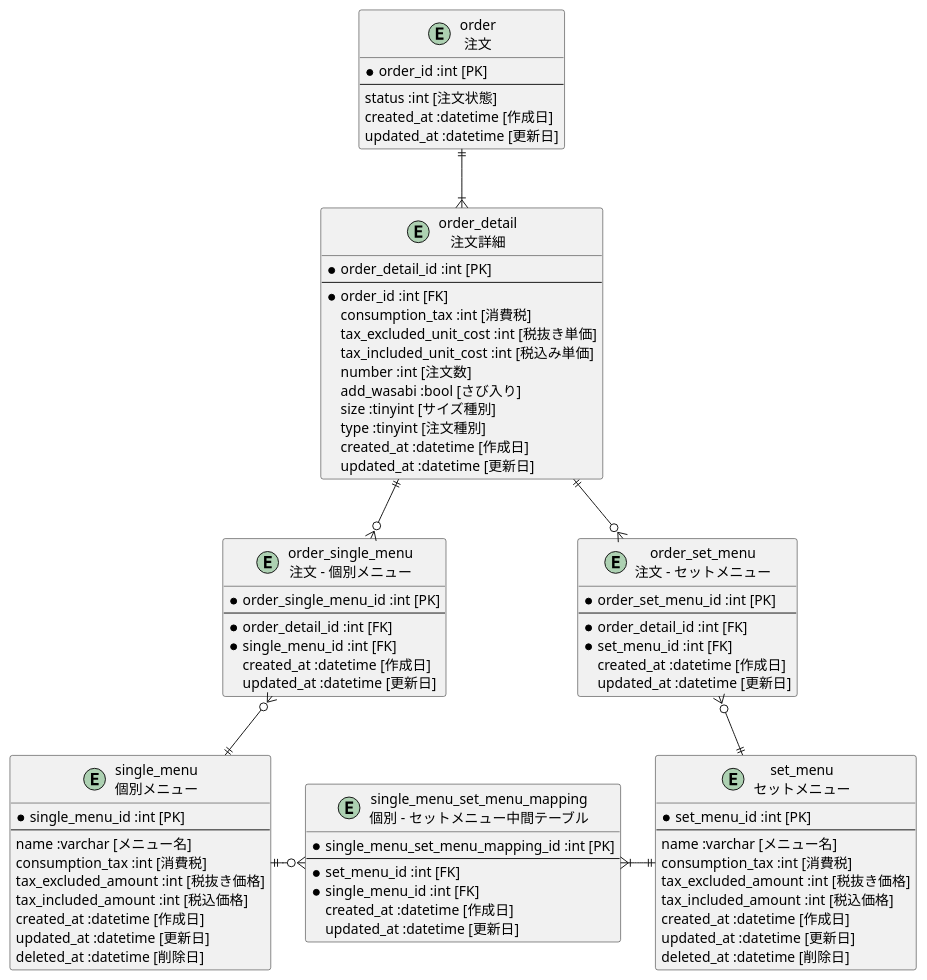
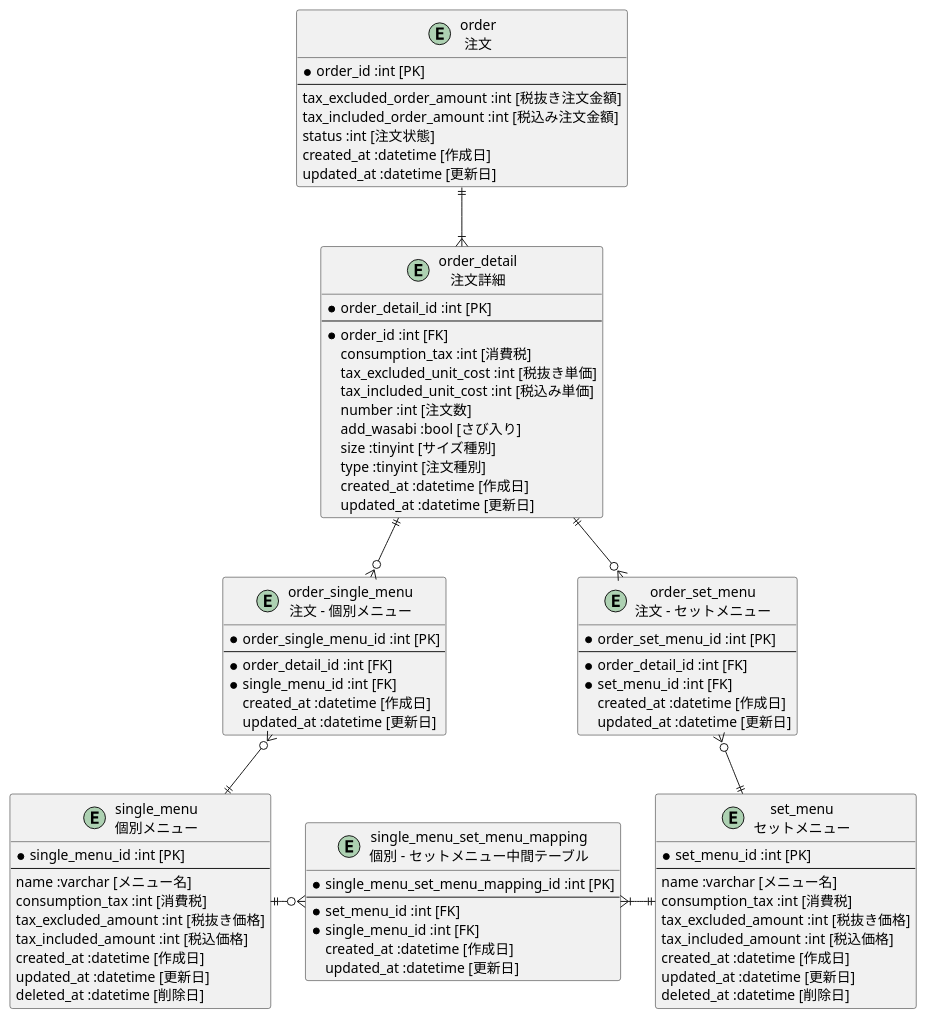
The diagram in db_modeling_1/sushi2_2.pu (kou-tech/PrAha_Challenge), drawn with PlantUML before and after one commit. The commit also changed 6 other files, not shown here.

```diff
--- a/db_modeling_1/sushi2_2.pu
+++ b/db_modeling_1/sushi2_2.pu
@@ -1,87 +1,89 @@
 @startuml
 
 entity single_menu as "single_menu\n個別メニュー" {
   *single_menu_id :int [PK]
   --
   name :varchar [メニュー名]
   consumption_tax :int [消費税]
   tax_excluded_amount :int [税抜き価格]
   tax_included_amount :int [税込価格]
   created_at :datetime [作成日]
   updated_at :datetime [更新日]
   deleted_at :datetime [削除日]
 }
 
 entity order_single_menu as "order_single_menu\n注文 - 個別メニュー" {
   *order_single_menu_id :int [PK]
   --
   *order_detail_id :int [FK]
   *single_menu_id :int [FK]
   created_at :datetime [作成日]
   updated_at :datetime [更新日]
 }
 
 entity set_menu as "set_menu\nセットメニュー" {
   *set_menu_id :int [PK]
   --
   name :varchar [メニュー名]
   consumption_tax :int [消費税]
   tax_excluded_amount :int [税抜き価格]
   tax_included_amount :int [税込価格]
   created_at :datetime [作成日]
   updated_at :datetime [更新日]
   deleted_at :datetime [削除日]
 }
 
 entity order_set_menu as "order_set_menu\n注文 - セットメニュー" {
   *order_set_menu_id :int [PK]
   --
   *order_detail_id :int [FK]
   *set_menu_id :int [FK]
   created_at :datetime [作成日]
   updated_at :datetime [更新日]
 }
 
 entity single_menu_set_menu_mapping as "single_menu_set_menu_mapping\n個別 - セットメニュー中間テーブル" {
   *single_menu_set_menu_mapping_id :int [PK]
   --
   *set_menu_id :int [FK]
   *single_menu_id :int [FK]
   created_at :datetime [作成日]
   updated_at :datetime [更新日]
 }
 
 entity order as "order\n注文" {
   *order_id :int [PK]
   --
+  tax_excluded_order_amount :int [税抜き注文金額]
+  tax_included_order_amount :int [税込み注文金額]
   status :int [注文状態]
   created_at :datetime [作成日]
   updated_at :datetime [更新日]
 }
 
 entity order_detail as "order_detail\n注文詳細" {
   *order_detail_id :int [PK]
   --
   *order_id :int [FK]
   consumption_tax :int [消費税]
   tax_excluded_unit_cost :int [税抜き単価]
   tax_included_unit_cost :int [税込み単価]
   number :int [注文数]
   add_wasabi :bool [さび入り]
   size :tinyint [サイズ種別]
   type :tinyint [注文種別]
   created_at :datetime [作成日]
   updated_at :datetime [更新日]
 }
 
 
 order ||-d-|{ order_detail
 order_detail ||--o{ order_single_menu
 order_detail ||--o{ order_set_menu
 order_single_menu }o--|| single_menu
 order_set_menu }o--|| set_menu
 single_menu ||-r-o{ single_menu_set_menu_mapping
 set_menu ||-l-|{ single_menu_set_menu_mapping
 
 
 @enduml
```
